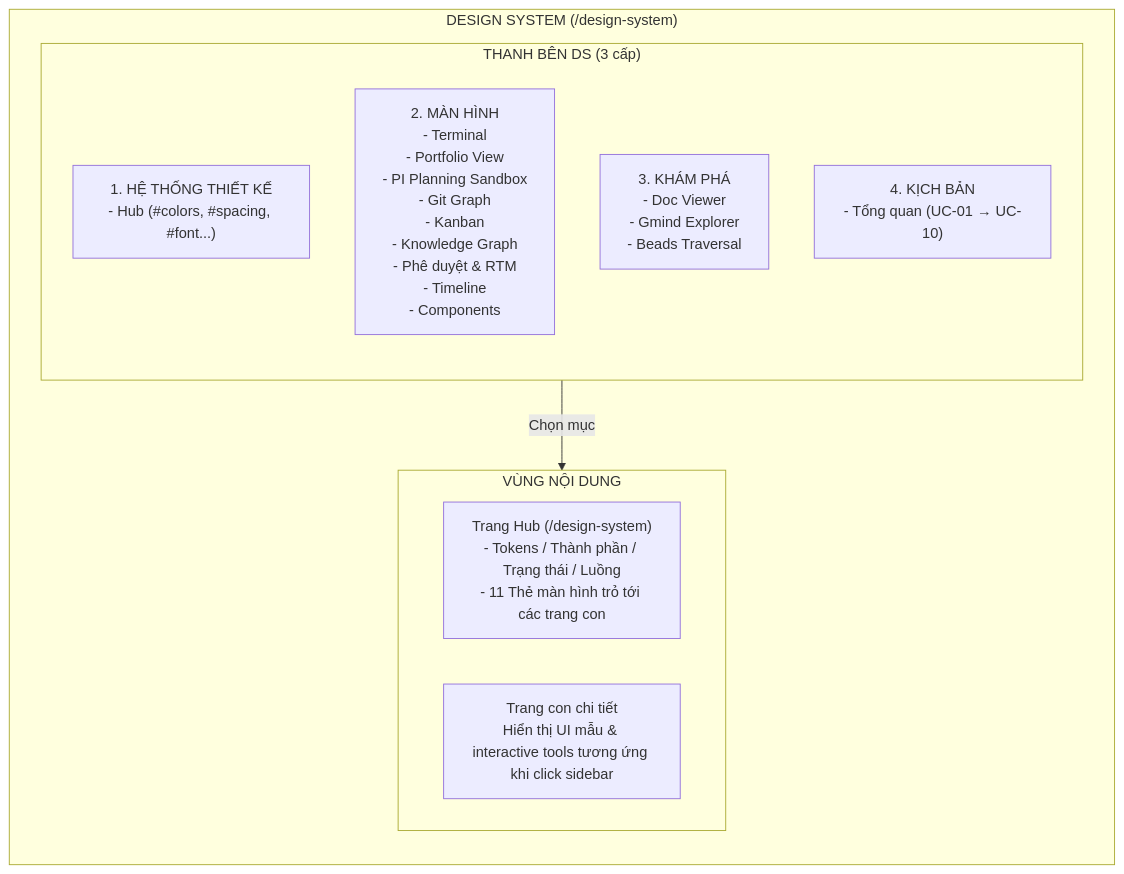
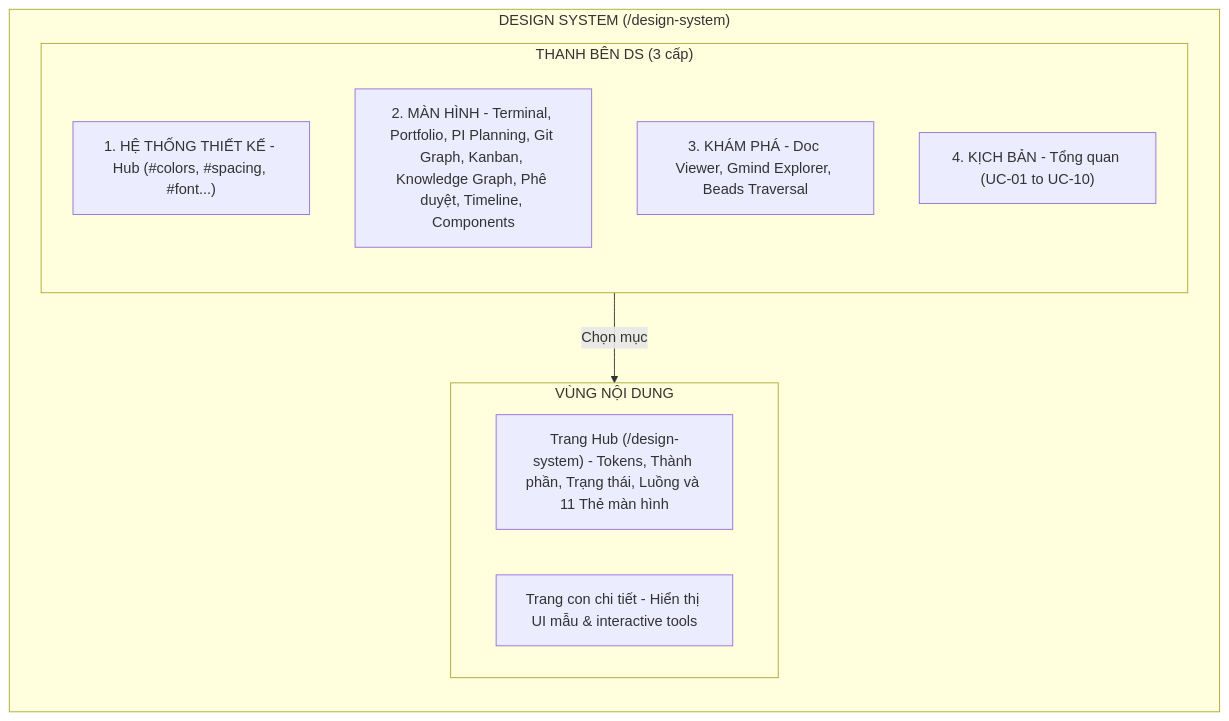
Before and after one commit to duyhunghd6/gmind: diagram 11 of 13 in docs/PRDs/apps-website/PRD-00-Website-Structure.md, drawn with Mermaid. The commit also changed other lines of this file and 1 other file, not shown here.

First line of the commit message:
docs(PRD-00): fix Mermaid diagram syntax errors and remove HTML tags

````diff
--- a/docs/PRDs/apps-website/PRD-00-Website-Structure.md
+++ b/docs/PRDs/apps-website/PRD-00-Website-Structure.md
@@ -510,19 +510,19 @@
 ```mermaid
 graph LR
     subgraph DS_Page["DESIGN SYSTEM (/design-system)"]
         subgraph DS_Sidebar["THANH BÊN DS (3 cấp)"]
             direction TB
-            Cat1["1. HỆ THỐNG THIẾT KẾ<br/>- Hub (#colors, #spacing, #font...)"]
-            Cat2["2. MÀN HÌNH<br/>- Terminal<br/>- Portfolio View<br/>- PI Planning Sandbox<br/>- Git Graph<br/>- Kanban<br/>- Knowledge Graph<br/>- Phê duyệt & RTM<br/>- Timeline<br/>- Components"]
-            Cat3["3. KHÁM PHÁ<br/>- Doc Viewer<br/>- Gmind Explorer<br/>- Beads Traversal"]
-            Cat4["4. KỊCH BẢN<br/>- Tổng quan (UC-01 → UC-10)"]
+            Cat1["1. HỆ THỐNG THIẾT KẾ - Hub (#colors, #spacing, #font...)"]
+            Cat2["2. MÀN HÌNH - Terminal, Portfolio, PI Planning, Git Graph, Kanban, Knowledge Graph, Phê duyệt, Timeline, Components"]
+            Cat3["3. KHÁM PHÁ - Doc Viewer, Gmind Explorer, Beads Traversal"]
+            Cat4["4. KỊCH BẢN - Tổng quan (UC-01 to UC-10)"]
         end
         
         subgraph DS_Content["VÙNG NỘI DUNG"]
-            Hub["Trang Hub (/design-system)<br/>- Tokens / Thành phần / Trạng thái / Luồng<br/>- 11 Thẻ màn hình trỏ tới các trang con"]
-            DetailPages["Trang con chi tiết<br/>Hiển thị UI mẫu & interactive tools tương ứng khi click sidebar"]
+            Hub["Trang Hub (/design-system) - Tokens, Thành phần, Trạng thái, Luồng và 11 Thẻ màn hình"]
+            DetailPages["Trang con chi tiết - Hiển thị UI mẫu & interactive tools"]
         end
 
         DS_Sidebar -->|Chọn mục| DS_Content
     end
 ```
````
